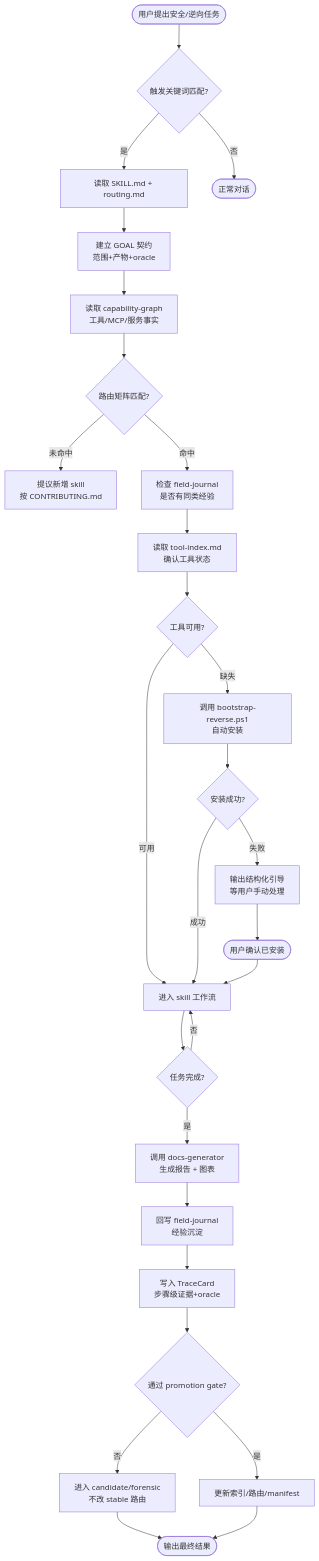
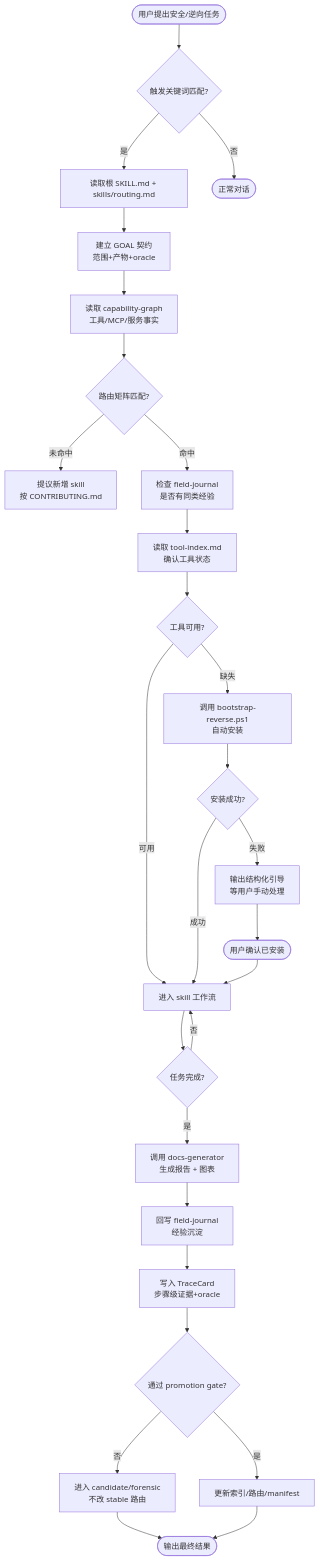
One commit to 2233admin/reverse-skill-evolver changed the first of 7 diagrams in ARCHITECTURE.md. Above: the diagram before and after it, drawn with Mermaid. The commit also changed other lines of this file and 47 other files, not shown here.

````diff
--- a/ARCHITECTURE.md
+++ b/ARCHITECTURE.md
@@ -5,36 +10,36 @@
 ```mermaid
 flowchart TD
     Start([用户提出安全/逆向任务]) --> Detect{触发关键词匹配?}
-    Detect -->|是| ReadRouting[读取 SKILL.md + routing.md]
+    Detect -->|是| ReadRouting[读取根 SKILL.md + skills/routing.md]
     Detect -->|否| Normal([正常对话])
     
     ReadRouting --> Goal[建立 GOAL 契约<br/>范围+产物+oracle]
     Goal --> CapGraph[读取 capability-graph<br/>工具/MCP/服务事实]
     CapGraph --> RouteMatch{路由矩阵匹配?}
     RouteMatch -->|未命中| ProposeNew[提议新增 skill<br/>按 CONTRIBUTING.md]
     RouteMatch -->|命中| CheckJournal[检查 field-journal<br/>是否有同类经验]
     
     CheckJournal --> CheckTools[读取 tool-index.md<br/>确认工具状态]
     CheckTools --> ToolOK{工具可用?}
     
     ToolOK -->|缺失| Bootstrap[调用 bootstrap-reverse.ps1<br/>自动安装]
     ToolOK -->|可用| Execute[进入 skill 工作流]
     
     Bootstrap --> BootOK{安装成功?}
     BootOK -->|成功| Execute
     BootOK -->|失败| Guide[输出结构化引导<br/>等用户手动处理]
     Guide --> UserConfirm([用户确认已安装])
     UserConfirm --> Execute
     
     Execute --> TaskDone{任务完成?}
     TaskDone -->|否| Execute
     TaskDone -->|是| GenReport[调用 docs-generator<br/>生成报告 + 图表]
     
     GenReport --> WriteJournal[回写 field-journal<br/>经验沉淀]
     WriteJournal --> TraceCard[写入 TraceCard<br/>步骤级证据+oracle]
     TraceCard --> Promote{通过 promotion gate?}
     Promote -->|是| UpdateIndex[更新索引/路由/manifest]
     Promote -->|否| Candidate[进入 candidate/forensic<br/>不改 stable 路由]
     Candidate --> Output
     UpdateIndex --> Output([输出最终结果])
 ```
````
